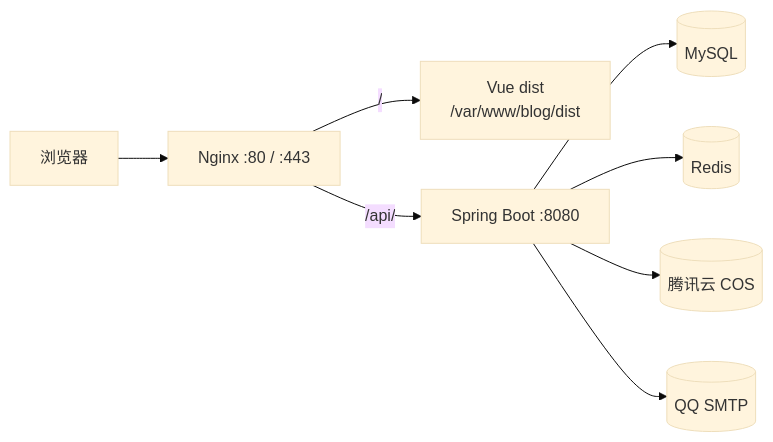
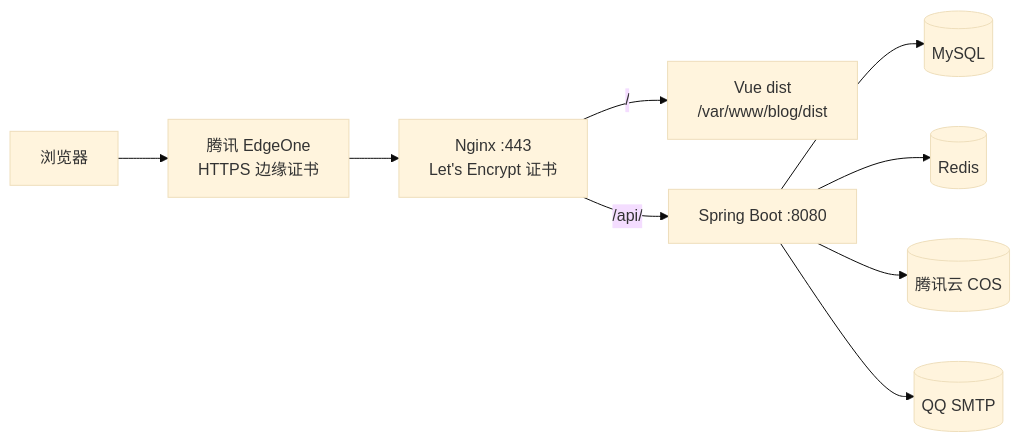
Before and after one commit to tyyfhju/blog-backend: the diagram in README.md, drawn with Mermaid (base theme). The commit also changed other lines of this file, not shown here.

First line of the commit message:
README 补上 EdgeOne 和证书自动续期

````diff
--- a/README.md
+++ b/README.md
@@ -30,10 +30,11 @@
 ```mermaid
 flowchart LR
-    Browser[浏览器] --> Nginx[Nginx :80 / :443]
+    Browser[浏览器] --> Edge[腾讯 EdgeOne<br/>HTTPS 边缘证书]
+    Edge --> Nginx[Nginx :443<br/>Let's Encrypt 证书]
     Nginx -->|"/"| Static[Vue dist<br/>/var/www/blog/dist]
     Nginx -->|"/api/"| App[Spring Boot :8080]
     App --> MySQL[(MySQL)]
     App --> Redis[(Redis)]
     App --> COS[(腾讯云 COS)]
     App --> SMTP[(QQ SMTP)]
 ```
````
